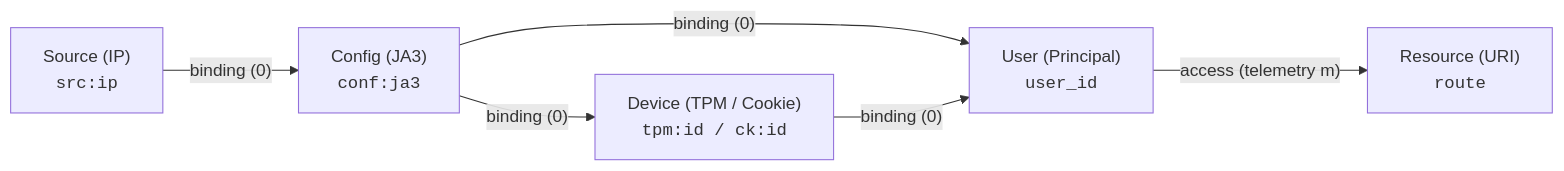
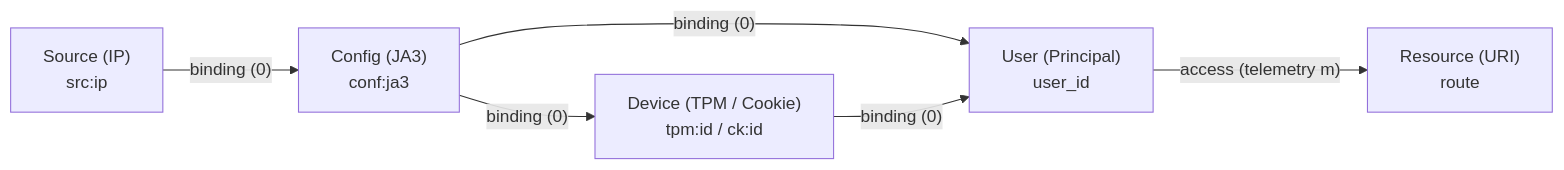
The first of 3 diagrams in README.md (DDoS-Fury/Papergate), drawn with Mermaid before and after one commit. The commit also changed other lines of this file and 9 other files, not shown here.

````diff
--- a/README.md
+++ b/README.md
@@ -32,14 +32,14 @@
 ```mermaid
 flowchart LR
-    S["Source (IP)<br/><code>src:ip</code>"]
-    C["Config (JA3)<br/><code>conf:ja3</code>"]
-    D["Device (TPM / Cookie)<br/><code>tpm:id / ck:id</code>"]
-    U["User (Principal)<br/><code>user_id</code>"]
-    R["Resource (URI)<br/><code>route</code>"]
+    S["Source (IP)<br/>src:ip"]
+    C["Config (JA3)<br/>conf:ja3"]
+    D["Device (TPM / Cookie)<br/>tpm:id / ck:id"]
+    U["User (Principal)<br/>user_id"]
+    R["Resource (URI)<br/>route"]
 
     S -->|"binding (0)"| C
     C -->|"binding (0)"| D
     C -->|"binding (0)"| U
     D -->|"binding (0)"| U
     U -->|"access (telemetry m)"| R
 ```
````
